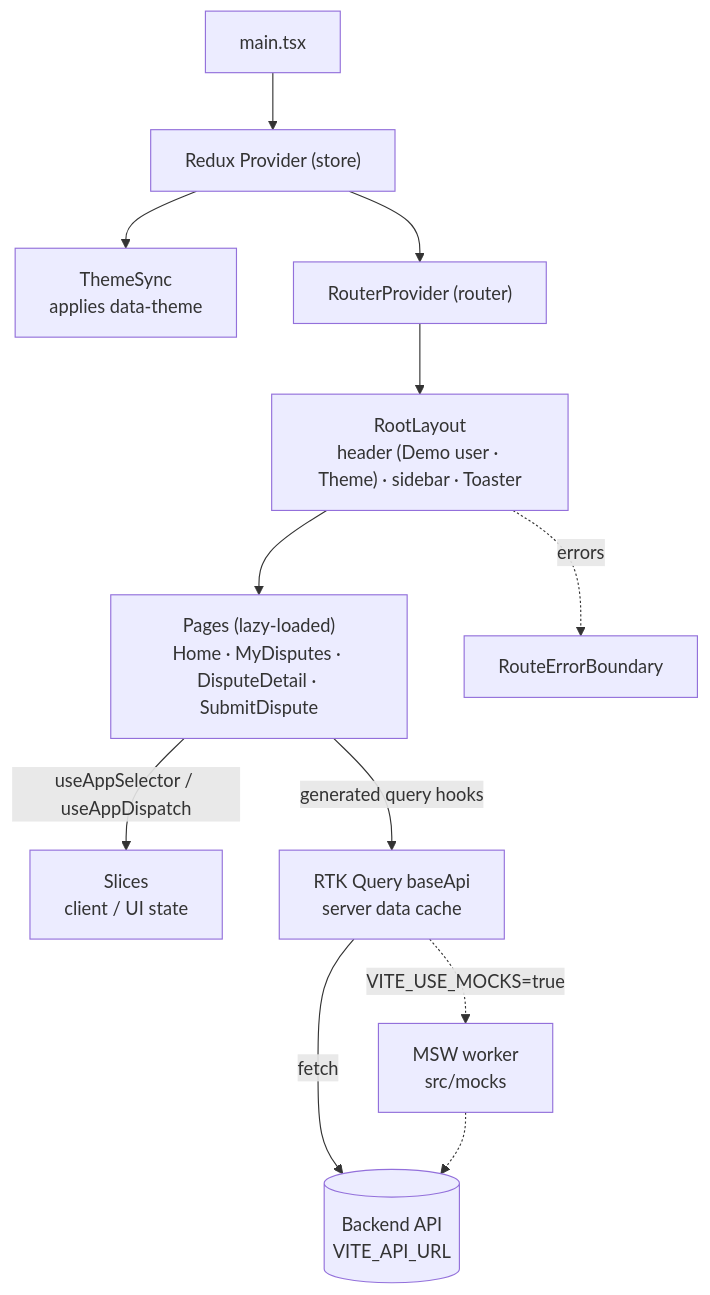
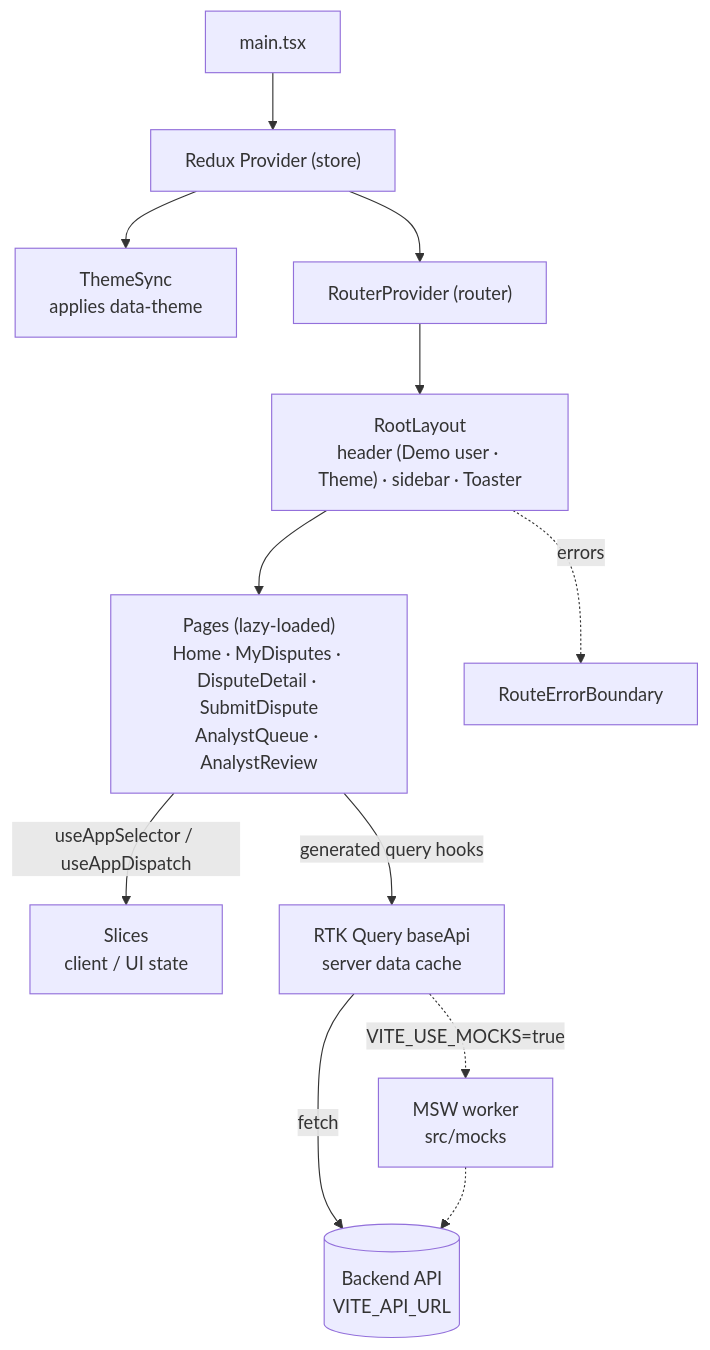
One commit to eduardohurtado/CardDispute changed the diagram in frontend/README.md. Above: the diagram before and after it, drawn with Mermaid. The commit also changed other lines of this file and 74 other files, not shown here.

````diff
--- a/frontend/README.md
+++ b/frontend/README.md
@@ -164,14 +152,14 @@
 ```mermaid
 flowchart TD
   main["main.tsx"] --> provider["Redux Provider (store)"]
   provider --> themesync["ThemeSync<br/>applies data-theme"]
   provider --> routerp["RouterProvider (router)"]
   routerp --> layout["RootLayout<br/>header (Demo user · Theme) · sidebar · Toaster"]
-  layout --> pages["Pages (lazy-loaded)<br/>Home · MyDisputes · DisputeDetail · SubmitDispute"]
+  layout --> pages["Pages (lazy-loaded)<br/>Home · MyDisputes · DisputeDetail · SubmitDispute<br/>AnalystQueue · AnalystReview"]
   layout -. errors .-> boundary["RouteErrorBoundary"]
   pages -- "useAppSelector / useAppDispatch" --> slices["Slices<br/>client / UI state"]
   pages -- "generated query hooks" --> api["RTK Query baseApi<br/>server data cache"]
   api -- "fetch" --> backend[("Backend API<br/>VITE_API_URL")]
   api -. "VITE_USE_MOCKS=true" .-> mocks["MSW worker<br/>src/mocks"]
   mocks -.-> backend
 ```
````
